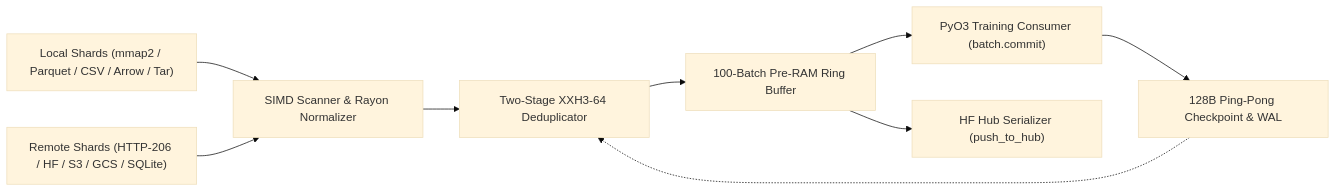
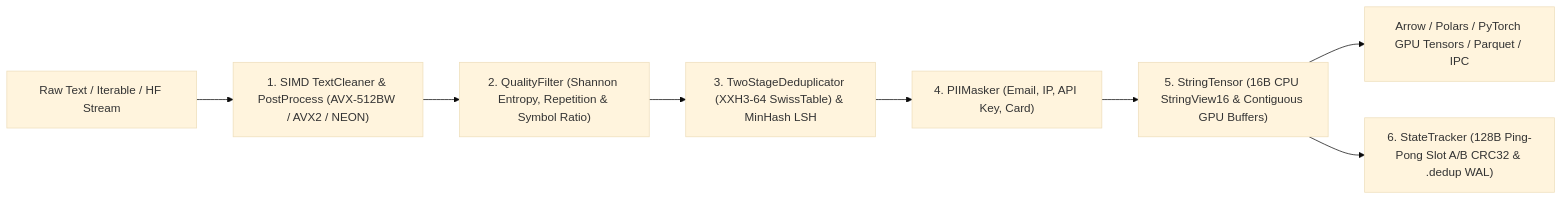
Before and after one commit to cloverx-id/luminamoon: the diagram in docs/dataloader/README.md, drawn with Mermaid (base theme). The commit also changed other lines of this file and 10 other files, not shown here.

````diff
--- a/docs/dataloader/README.md
+++ b/docs/dataloader/README.md
@@ -11,11 +11,10 @@
 ```mermaid
 flowchart LR
-    Local["Local Shards (mmap2 / Parquet / CSV / Arrow / Tar)"] --> SIMD["SIMD Scanner & Rayon Normalizer"]
-    Remote["Remote Shards (HTTP-206 / HF / S3 / GCS / SQLite)"] --> SIMD
-    SIMD --> Dedup["Two-Stage XXH3-64 Deduplicator"]
-    Dedup --> PreRam["100-Batch Pre-RAM Ring Buffer"]
-    PreRam --> Consumer["PyO3 Training Consumer (batch.commit)"]
-    PreRam --> Hub["HF Hub Serializer (push_to_hub)"]
-    Consumer --> Meta["128B Ping-Pong Checkpoint & WAL"]
-    Meta -.-> Dedup
+    Input["Raw Text / Iterable / HF Stream"] --> Cleaner["1. SIMD TextCleaner & PostProcess (AVX-512BW / AVX2 / NEON)"]
+    Cleaner --> Quality["2. QualityFilter (Shannon Entropy, Repetition & Symbol Ratio)"]
+    Quality --> Dedup["3. TwoStageDeduplicator (XXH3-64 SwissTable) & MinHash LSH"]
+    Dedup --> Masker["4. PIIMasker (Email, IP, API Key, Card)"]
+    Masker --> Tensor["5. StringTensor (16B CPU StringView16 & Contiguous GPU Buffers)"]
+    Tensor --> Export["Arrow / Polars / PyTorch GPU Tensors / Parquet / IPC"]
+    Tensor --> Meta["6. StateTracker (128B Ping-Pong Slot A/B CRC32 & .dedup WAL)"]
 ```
````
